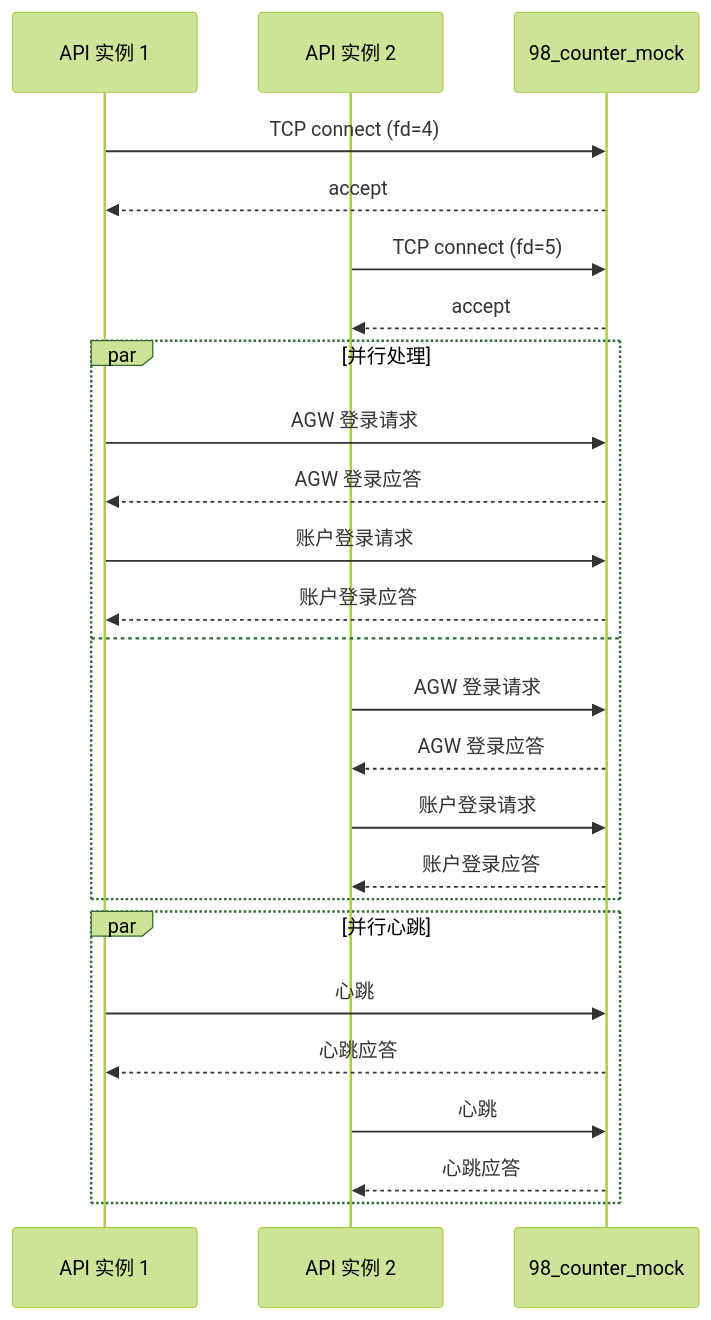
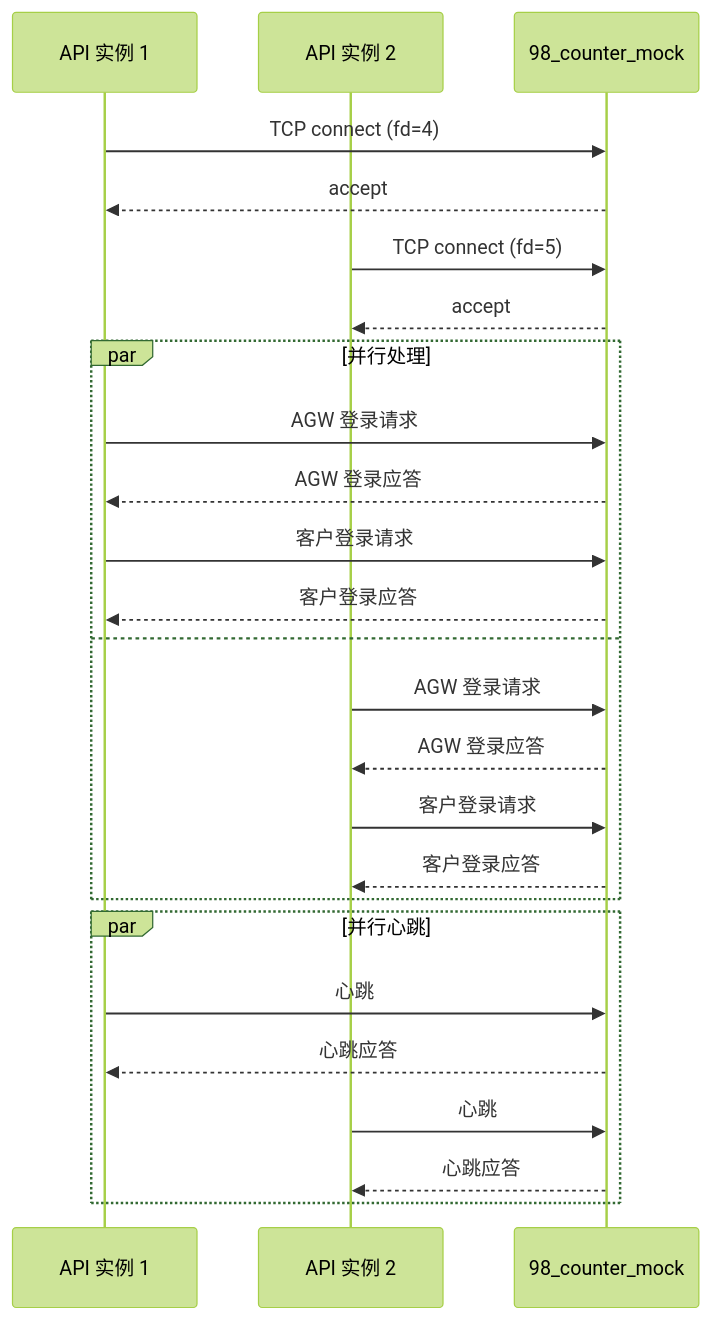
The sixth of 6 diagrams in trunk/NewAPI/gone/api/mock/98_counter/98_counter_mock_design.md (lishengze/server_9), drawn with Mermaid (forest theme) before and after one commit. The commit also changed other lines of this file and 362 other files, not shown here.

````diff
--- a/trunk/NewAPI/gone/api/mock/98_counter/98_counter_mock_design.md
+++ b/trunk/NewAPI/gone/api/mock/98_counter/98_counter_mock_design.md
@@ -454,31 +547,31 @@
 ```mermaid
 sequenceDiagram
     participant API1 as API 实例 1
     participant API2 as API 实例 2
     participant Mock as 98_counter_mock
     
     API1->>Mock: TCP connect (fd=4)
     Mock-->>API1: accept
     
     API2->>Mock: TCP connect (fd=5)
     Mock-->>API2: accept
     
     par 并行处理
         API1->>Mock: AGW 登录请求
         Mock-->>API1: AGW 登录应答
-        API1->>Mock: 账户登录请求
-        Mock-->>API1: 账户登录应答
+        API1->>Mock: 客户登录请求
+        Mock-->>API1: 客户登录应答
     and
         API2->>Mock: AGW 登录请求
         Mock-->>API2: AGW 登录应答
-        API2->>Mock: 账户登录请求
-        Mock-->>API2: 账户登录应答
+        API2->>Mock: 客户登录请求
+        Mock-->>API2: 客户登录应答
     end
     
     par 并行心跳
         API1->>Mock: 心跳
         Mock-->>API1: 心跳应答
         API2->>Mock: 心跳
         Mock-->>API2: 心跳应答
     end
 ```
````
